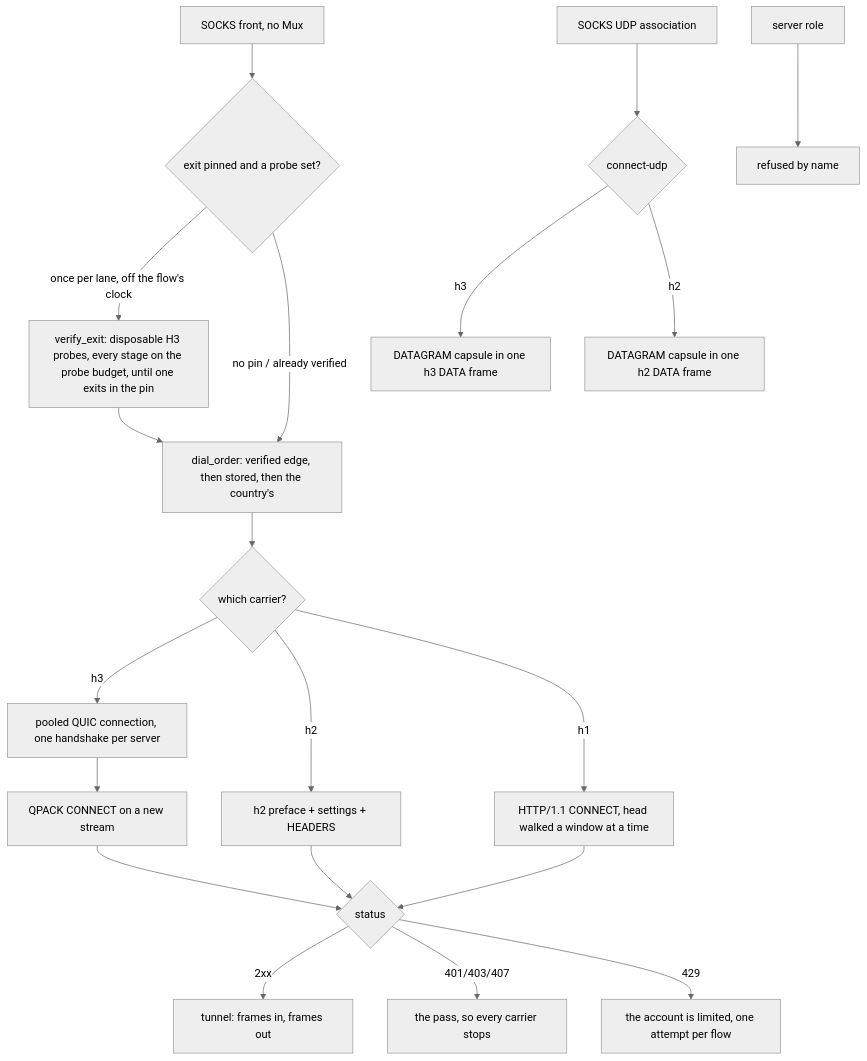
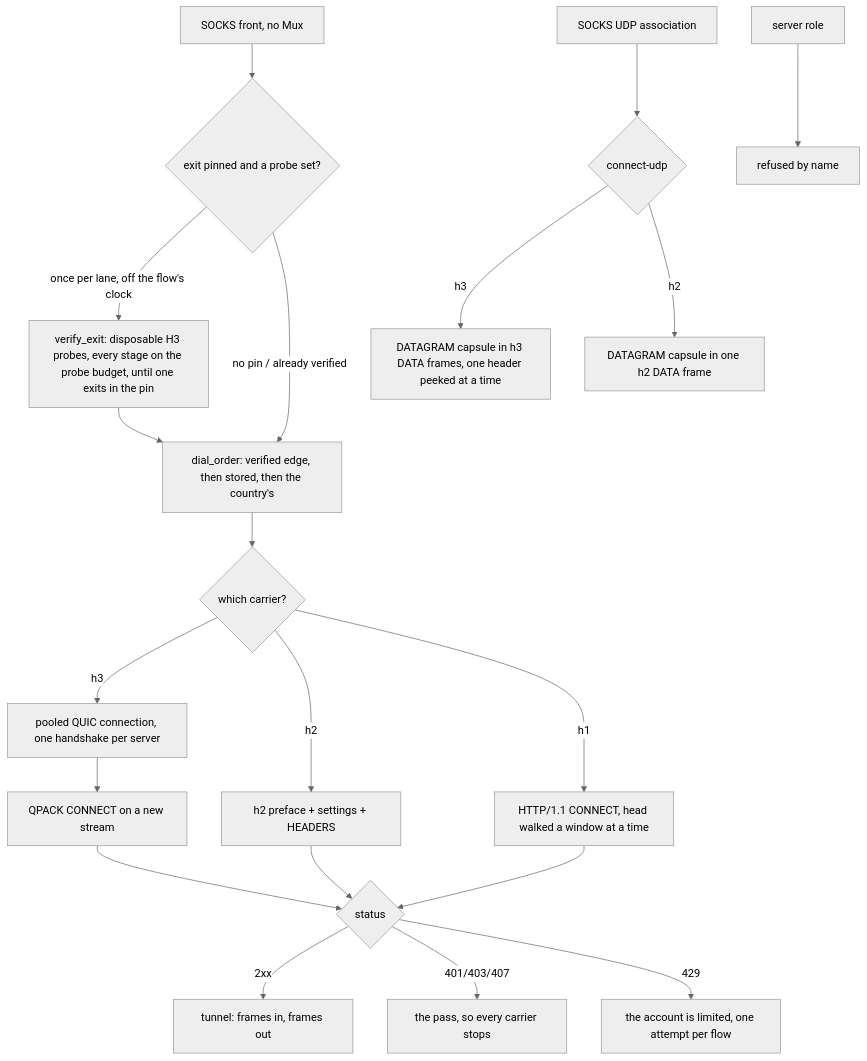
Before and after one commit to Ferrocite/ferrox: the diagram in docs/function/carrier-foxy.md, drawn with Mermaid (neutral theme). The commit also changed other lines of this file and 2 other files, not shown here.

Commit message:
foxy: read an h3 frame header without staging the frame it names

````diff
--- a/docs/function/carrier-foxy.md
+++ b/docs/function/carrier-foxy.md
@@ -18,22 +18,22 @@
 ```mermaid
 graph TD
     S["SOCKS front, no Mux"] --> V{"exit pinned and a probe set?"}
     V -- "once per lane, off the flow's clock" --> P["verify_exit: disposable H3 probes, every stage on the probe budget, until one exits in the pin"]
     P --> O["dial_order: verified edge, then stored, then the country's"]
     V -- "no pin / already verified" --> O
     O --> T{"which carrier?"}
     T -- h3 --> Pq["pooled QUIC connection, one handshake per server"]
     Pq --> H["QPACK CONNECT on a new stream"]
     T -- h2 --> G["h2 preface + settings + HEADERS"]
     T -- h1 --> L["HTTP/1.1 CONNECT, head walked a window at a time"]
     H --> R{"status"}
     G --> R
     L --> R
     R -- 2xx --> D["tunnel: frames in, frames out"]
     R -- 401/403/407 --> X["the pass, so every carrier stops"]
     R -- 429 --> Y["the account is limited, one attempt per flow"]
     U["SOCKS UDP association"] --> Q{"connect-udp"}
-    Q -- h3 --> C["DATAGRAM capsule in one h3 DATA frame"]
+    Q -- h3 --> C["DATAGRAM capsule in h3 DATA frames, one header peeked at a time"]
     Q -- h2 --> E["DATAGRAM capsule in one h2 DATA frame"]
     H2S["server role"] --> N["refused by name"]
 ```
````
